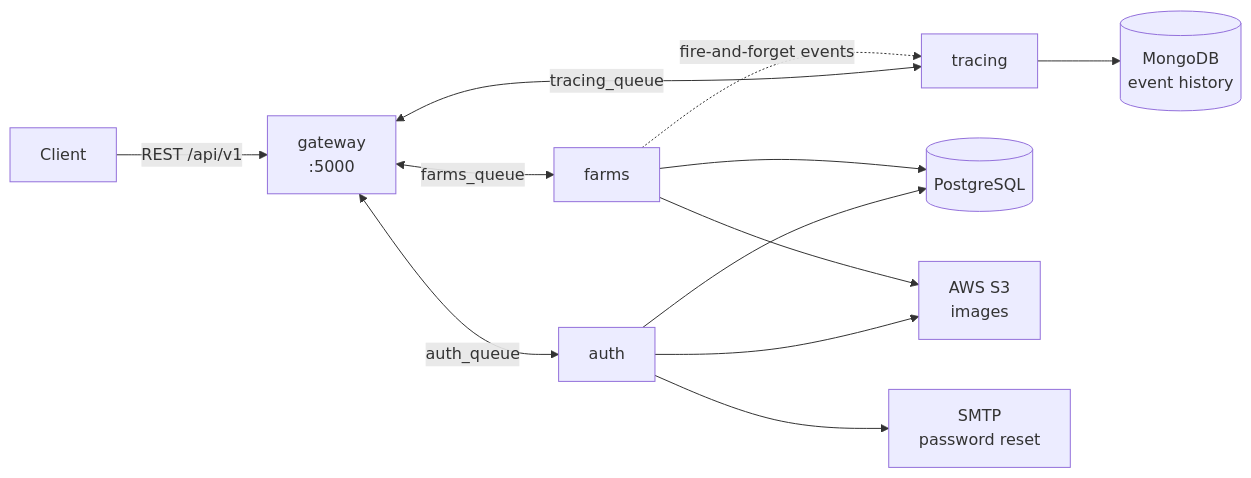
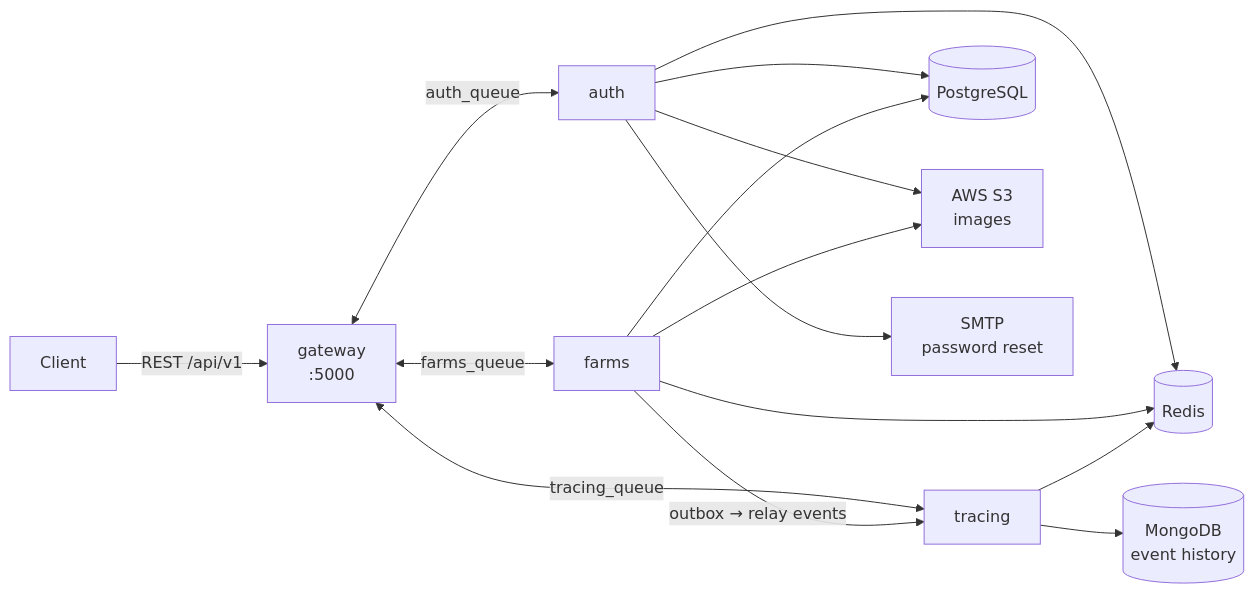
Before and after one commit to RookieCol/harvestledger: the diagram in README.md, drawn with Mermaid. The commit also changed other lines of this file, not shown here.

````diff
--- a/README.md
+++ b/README.md
@@ -28,18 +28,21 @@
 ```mermaid
 flowchart LR
     C[Client] -->|REST /api/v1| GW[gateway<br/>:5000]
 
     GW <-->|auth_queue| AU[auth]
     GW <-->|farms_queue| FA[farms]
     GW <-->|tracing_queue| TR[tracing]
-    FA -.->|fire-and-forget events| TR
+    FA -->|outbox → relay events| TR
 
     AU --> PG[(PostgreSQL)]
     FA --> PG
+    TR --> MONGO[(MongoDB<br/>event history)]
 
-    TR --> MONGO[(MongoDB<br/>event history)]
+    AU --> RD[(Redis)]
+    FA --> RD
+    TR --> RD
 
     AU --> S3[AWS S3<br/>images]
     FA --> S3
     AU --> MAIL[SMTP<br/>password reset]
 ```
````
